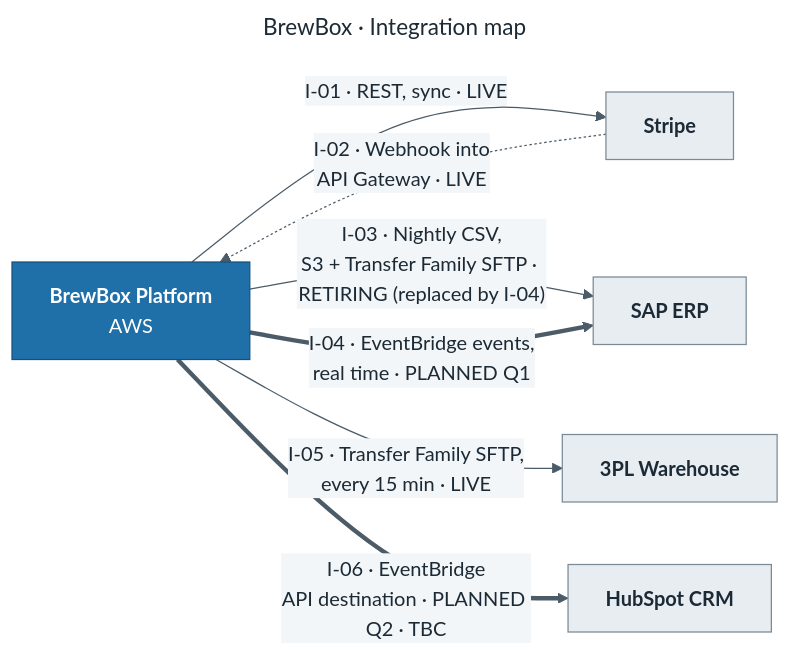
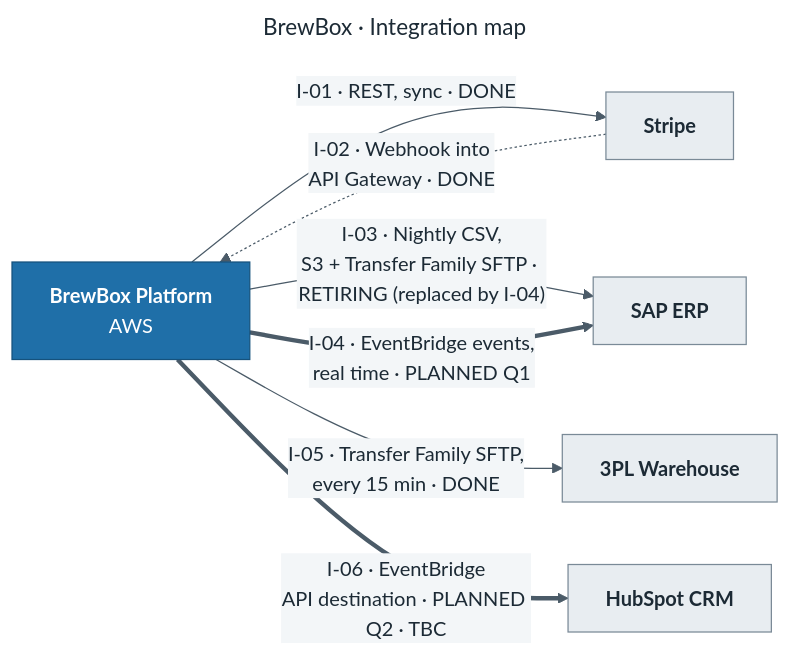
Before and after one commit to ihor-romanchuk/arch-diagram-kit: the diagram in examples/brewbox/diagrams/integration--brewbox.mmd, drawn with Mermaid. The commit also changed 17 other files, not shown here.

```diff
--- a/examples/brewbox/diagrams/integration--brewbox.mmd
+++ b/examples/brewbox/diagrams/integration--brewbox.mmd
@@ -1,41 +1,41 @@
 ---
 title: BrewBox · Integration map
 config:
   theme: base
   fontFamily: "Arial, Helvetica, sans-serif"
   themeVariables:
     fontFamily: "Arial, Helvetica, sans-serif"
     primaryColor: "#EAF2F9"
     primaryBorderColor: "#1F6FA8"
     primaryTextColor: "#1C2A35"
     lineColor: "#4B5B68"
     secondaryColor: "#F3F6F8"
     tertiaryColor: "#FFFFFF"
 ---
 %% id: INT-01
 %% type: integration-map
 %% audience: business+tech
 %% status: In review
 %% owner: Solutions architect
 %% approved-by: 
 %% last-verified: 2026-11-04
 %% note Q2 I-06 [to confirm]: The CRM link waits for the marketing team to choose the events.
 %% notes: Which systems are connected, how, and what is live or planned?
 flowchart LR
   shop["<b>BrewBox Platform</b><br/>AWS"]:::internal
   stripe["<b>Stripe</b>"]:::external
   sap["<b>SAP ERP</b>"]:::external
   wms["<b>3PL Warehouse</b>"]:::external
   crm["<b>HubSpot CRM</b>"]:::external
-  shop -- "I-01 · REST, sync · LIVE" --> stripe
-  stripe -. "I-02 · Webhook into<br/>API Gateway · LIVE" .-> shop
+  shop -- "I-01 · REST, sync · DONE" --> stripe
+  stripe -. "I-02 · Webhook into<br/>API Gateway · DONE" .-> shop
   shop -- "I-03 · Nightly CSV,<br/>S3 + Transfer Family SFTP · RETIRING (replaced by I-04)" --> sap
   shop == "I-04 · EventBridge events,<br/>real time · PLANNED Q1" ==> sap
-  shop -- "I-05 · Transfer Family SFTP,<br/>every 15 min · LIVE" --> wms
+  shop -- "I-05 · Transfer Family SFTP,<br/>every 15 min · DONE" --> wms
   shop == "I-06 · EventBridge<br/>API destination · PLANNED Q2 · TBC" ==> crm
   classDef person fill:#0B3D5C,stroke:#0B3D5C,color:#ffffff
   classDef internal fill:#1F6FA8,stroke:#15527D,color:#ffffff
   classDef managed fill:#FDF0DC,stroke:#D98200,stroke-width:1.5px,color:#3D2600
   classDef external fill:#E8EDF1,stroke:#7A8A97,color:#1C2A35
   classDef store fill:#DDEFE6,stroke:#3C8D6B,color:#12352A
   classDef planned fill:#FFFFFF,stroke:#C2410C,stroke-width:2px,stroke-dasharray:6 4,color:#7C2D12
```
